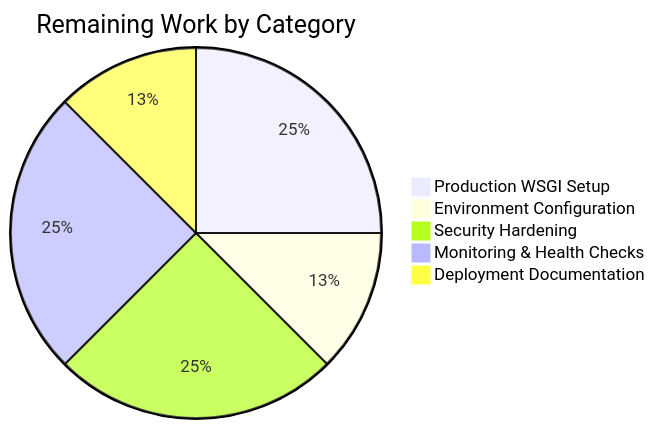
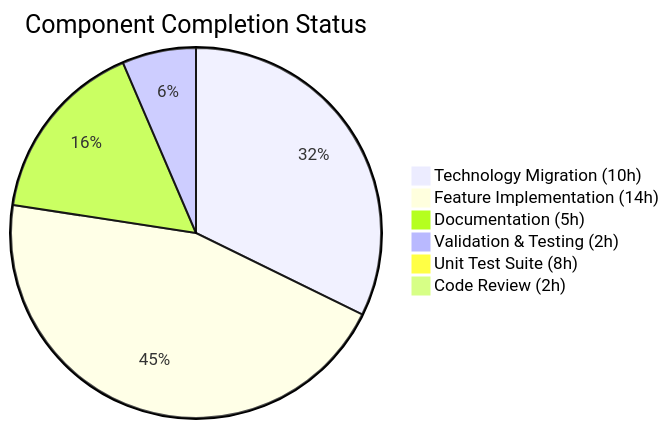
The second of 2 diagrams in blitzy/documentation/Project Guide.md (lakshya-blitzy/hello_world_lakshya_github), drawn with Mermaid before and after one commit. The commit also changed other lines of this file, not shown here.

Commit message:
Adding Blitzy Project Guide: Project Status and Human Tasks Remaining

````diff
--- a/blitzy/documentation/Project Guide.md
+++ b/blitzy/documentation/Project Guide.md
@@ -327,8 +123,9 @@
 ```mermaid
-pie title Remaining Work by Category
-    "Production WSGI Setup" : 2
-    "Environment Configuration" : 1
-    "Security Hardening" : 2
-    "Monitoring & Health Checks" : 2
-    "Deployment Documentation" : 1
+pie title Component Completion Status
+    "Technology Migration (10h)" : 10
+    "Feature Implementation (14h)" : 14
+    "Documentation (5h)" : 5
+    "Validation & Testing (2h)" : 2
+    "Unit Test Suite (8h)" : 0
+    "Code Review (2h)" : 0
 ```
````
